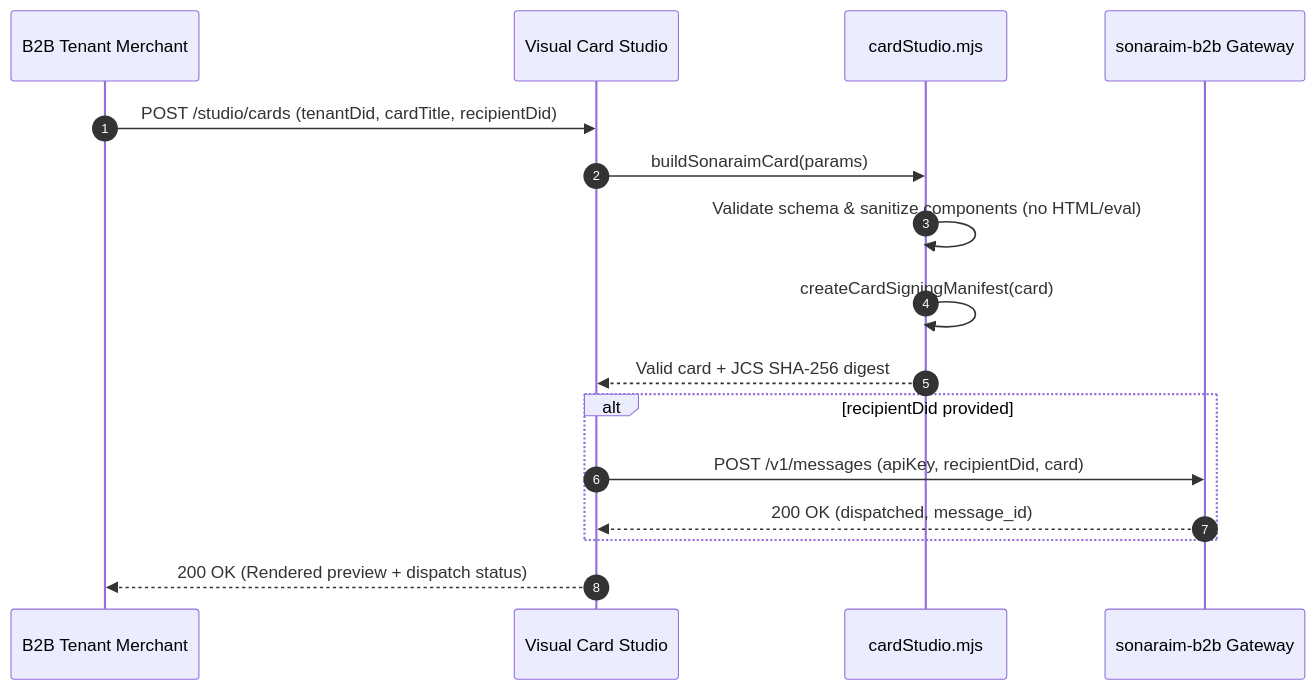
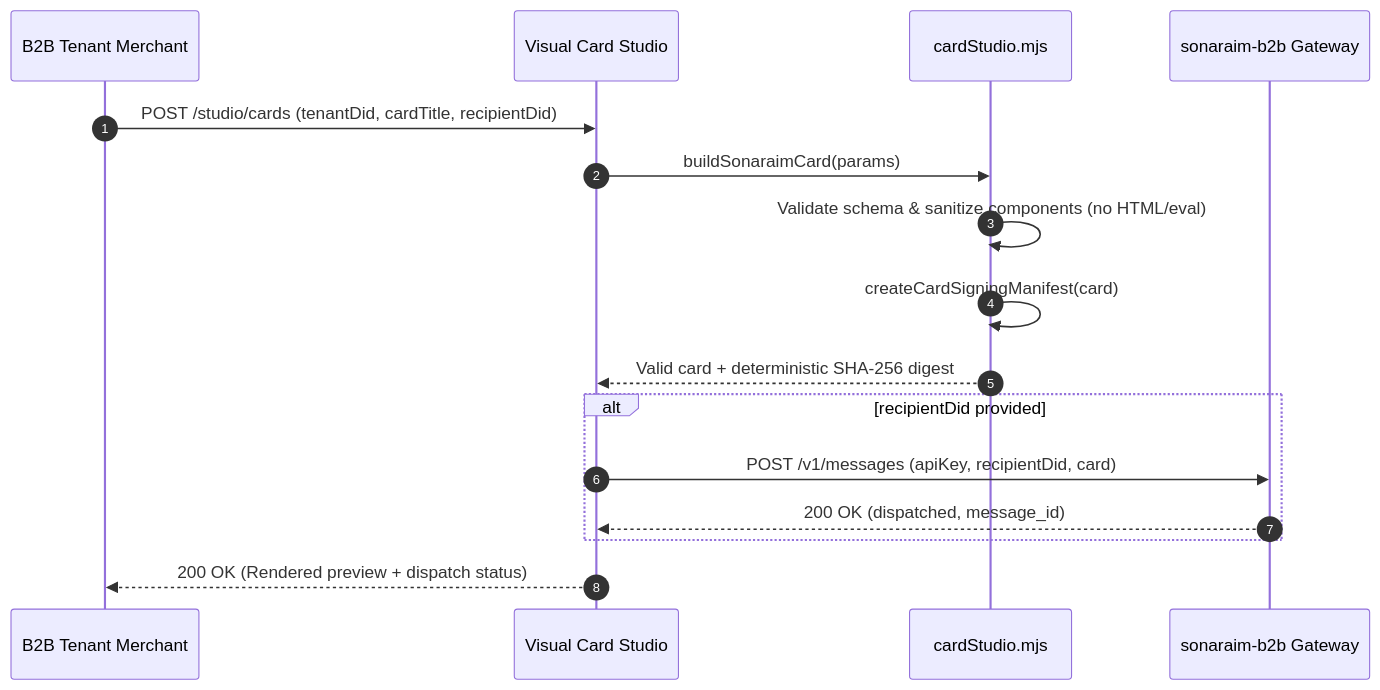
One commit to alfonsodg/sonaraim-admin changed the second of 4 diagrams in docs/DIAGRAMS.md. Above: the diagram before and after it, drawn with Mermaid. The commit also changed 4 other files, not shown here.

````diff
--- a/docs/DIAGRAMS.md
+++ b/docs/DIAGRAMS.md
@@ -37,19 +37,19 @@
 ```mermaid
 sequenceDiagram
     autonumber
     participant Merchant as B2B Tenant Merchant
     participant Studio as Visual Card Studio
     participant Builder as cardStudio.mjs
     participant B2B as sonaraim-b2b Gateway
 
     Merchant->>Studio: POST /studio/cards (tenantDid, cardTitle, recipientDid)
     Studio->>Builder: buildSonaraimCard(params)
     Builder->>Builder: Validate schema & sanitize components (no HTML/eval)
     Builder->>Builder: createCardSigningManifest(card)
-    Builder-->>Studio: Valid card + JCS SHA-256 digest
+    Builder-->>Studio: Valid card + deterministic SHA-256 digest
     alt recipientDid provided
         Studio->>B2B: POST /v1/messages (apiKey, recipientDid, card)
         B2B-->>Studio: 200 OK (dispatched, message_id)
     end
     Studio-->>Merchant: 200 OK (Rendered preview + dispatch status)
 ```
````
